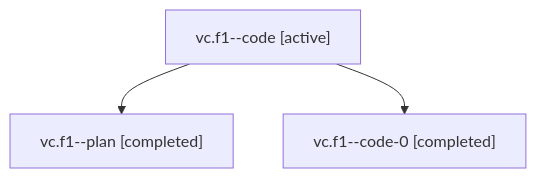
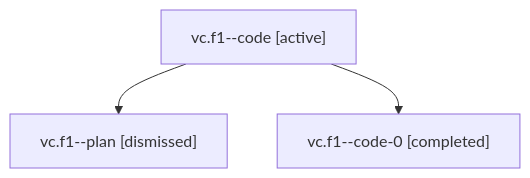
The diagram in families/bbugyi200.athena.vc.f1.md (sase-org/sase--agents), drawn with Mermaid before and after one commit. The commit also changed other lines of this file and 1506 other files, not shown here.

````diff
--- a/families/bbugyi200.athena.vc.f1.md
+++ b/families/bbugyi200.athena.vc.f1.md
@@ -9,8 +9,8 @@
 ```mermaid
 flowchart TD
   n0["vc.f1--code [active]"]
-  n1["vc.f1--plan [completed]"]
+  n1["vc.f1--plan [dismissed]"]
   n0 --> n1
   n2["vc.f1--code-0 [completed]"]
   n0 --> n2
 ```
````
